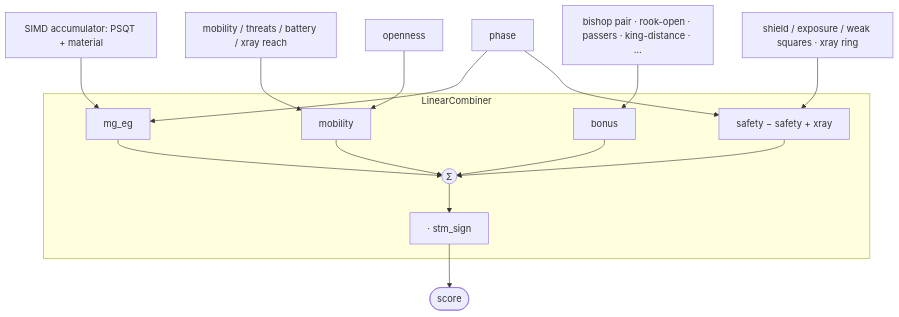
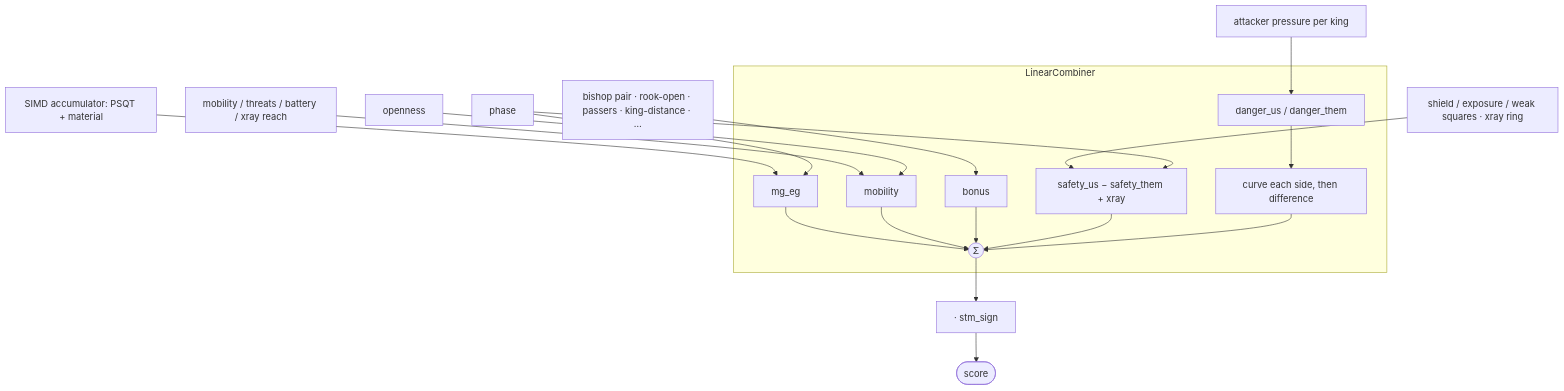
Before and after one commit to Aethdv/Soul: the second of 2 diagrams in tuner/EVAL_TUNER.md, drawn with Mermaid. The commit also changed other lines of this file and 117 other files, not shown here.

````diff
--- a/tuner/EVAL_TUNER.md
+++ b/tuner/EVAL_TUNER.md
@@ -62,16 +72,18 @@
 ```mermaid
 flowchart TD
     ACC["SIMD accumulator: PSQT + material"] --> MGEG["mg_eg"]
     MOB["mobility / threats / battery / xray reach"] --> MOBB["mobility"]
     BON["bishop pair · rook-open · passers · king-distance · …"] --> BONB["bonus"]
-    SAF["shield / exposure / weak squares · xray ring"] --> SAFB["safety − safety + xray"]
+    SAF["shield / exposure / weak squares · xray ring"] --> SAFB["safety_us − safety_them + xray"]
+    ATK["attacker pressure per king"] --> DNG["danger_us / danger_them"]
     PHASE["phase"] --> MGEG
     PHASE --> SAFB
     OPEN["openness"] --> MOBB
 
     subgraph Combiner ["LinearCombiner"]
-        MGEG & MOBB & BONB & SAFB --> SUM(("Σ"))
-        SUM --> FLIP["· stm_sign"]
+        DNG --> CURVE["curve each side, then difference"]
+        MGEG & MOBB & BONB & SAFB & CURVE --> SUM(("Σ"))
     end
+    SUM --> FLIP["· stm_sign"]
     FLIP --> OUT(["score"])
 ```
````
